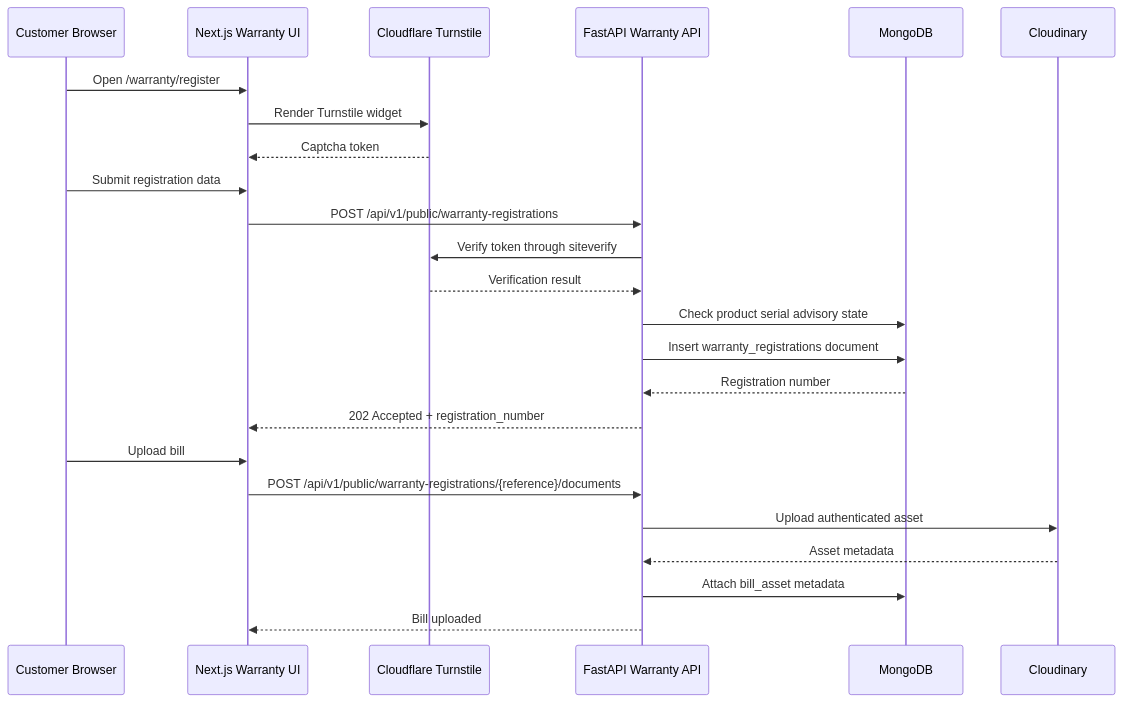
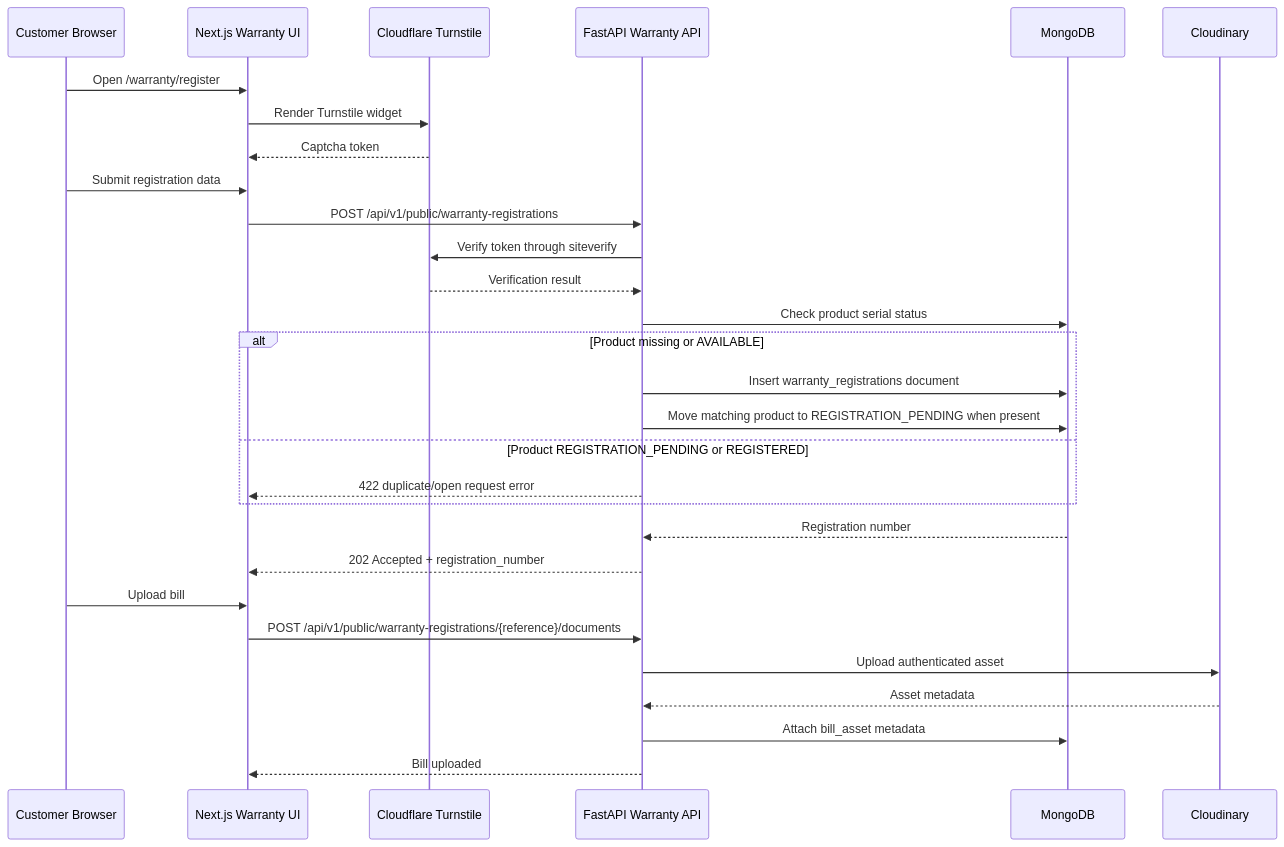
The second of 5 diagrams in docs/LIMAC_WARRANTY_DESIGN_DOCUMENT.md (traicasolutions-pjcts/limac-website), drawn with Mermaid before and after one commit. The commit also changed other lines of this file and 2 other files, not shown here.

````diff
--- a/docs/LIMAC_WARRANTY_DESIGN_DOCUMENT.md
+++ b/docs/LIMAC_WARRANTY_DESIGN_DOCUMENT.md
@@ -254,27 +281,32 @@
 ```mermaid
 sequenceDiagram
   participant C as Customer Browser
   participant N as Next.js Warranty UI
   participant T as Cloudflare Turnstile
   participant A as FastAPI Warranty API
   participant M as MongoDB
   participant CL as Cloudinary
 
   C->>N: Open /warranty/register
   N->>T: Render Turnstile widget
   T-->>N: Captcha token
   C->>N: Submit registration data
   N->>A: POST /api/v1/public/warranty-registrations
   A->>T: Verify token through siteverify
   T-->>A: Verification result
-  A->>M: Check product serial advisory state
-  A->>M: Insert warranty_registrations document
+  A->>M: Check product serial status
+  alt Product missing or AVAILABLE
+    A->>M: Insert warranty_registrations document
+    A->>M: Move matching product to REGISTRATION_PENDING when present
+  else Product REGISTRATION_PENDING or REGISTERED
+    A-->>N: 422 duplicate/open request error
+  end
   M-->>A: Registration number
   A-->>N: 202 Accepted + registration_number
   C->>N: Upload bill
   N->>A: POST /api/v1/public/warranty-registrations/{reference}/documents
   A->>CL: Upload authenticated asset
   CL-->>A: Asset metadata
   A->>M: Attach bill_asset metadata
   A-->>N: Bill uploaded
 ```
````
